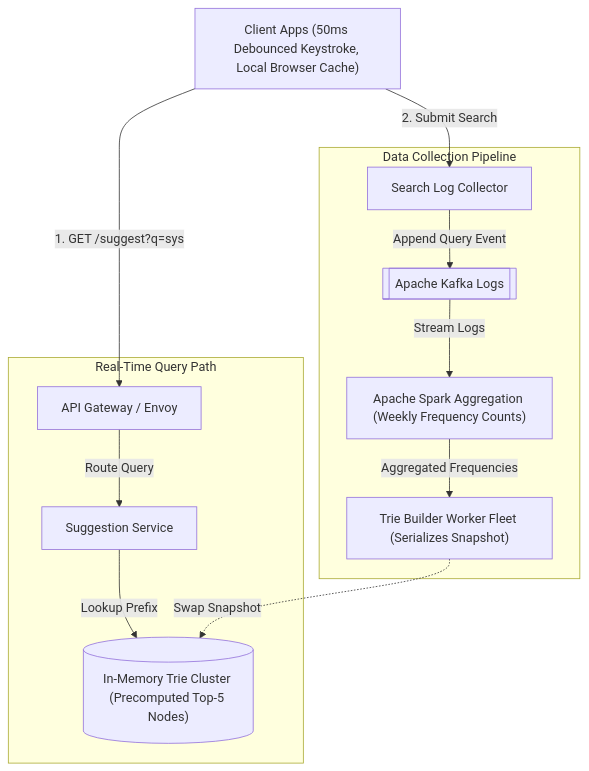
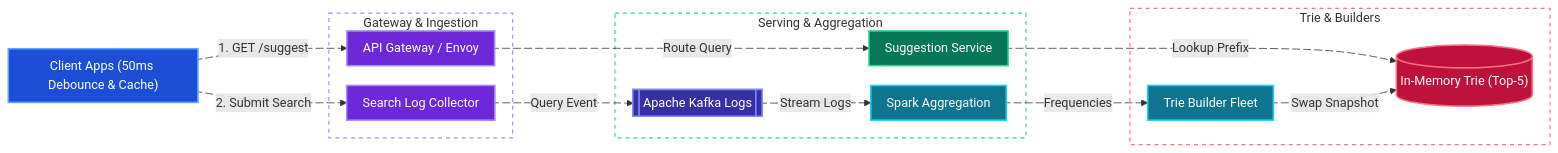
The first of 4 diagrams in system-design/autocomplete-search.md (tarunbatta/tech-interview-prep), drawn with Mermaid before and after one commit. The commit also changed other lines of this file and 30 other files, not shown here.

First line of the commit message:
docs(system-design): convert Mermaid flowcharts to LR with colors and animated edges

````diff
--- a/system-design/autocomplete-search.md
+++ b/system-design/autocomplete-search.md
@@ -62,23 +62,53 @@
 ```mermaid
-flowchart TD
-    Client["Client Apps (50ms Debounced Keystroke, Local Browser Cache)"]
-    subgraph RealtimePath["Real-Time Query Path"]
+%%{init: {'flowchart': {'nodeSpacing': 25, 'rankSpacing': 45, 'padding': 10}}}%%
+flowchart LR
+    Client["Client Apps (50ms Debounce & Cache)"]
+    subgraph EdgeTier["Gateway & Ingestion"]
         GW["API Gateway / Envoy"]
+        LogCollector["Search Log Collector"]
+    end
+    subgraph AppServices["Serving & Aggregation"]
         SuggestSvc["Suggestion Service"]
-        TrieCluster[("In-Memory Trie Cluster (Precomputed Top-5 Nodes)")]
+        Kafka[["Apache Kafka Logs"]]
+        Spark["Spark Aggregation"]
     end
-    subgraph DataPipeline["Data Collection Pipeline"]
-        LogCollector["Search Log Collector"]
-        Kafka[["Apache Kafka Logs"]]
-        Spark["Apache Spark Aggregation (Weekly Frequency Counts)"]
-        TrieBuilder["Trie Builder Worker Fleet (Serializes Snapshot)"]
+    subgraph StorageTier["Trie & Builders"]
+        TrieCluster[("In-Memory Trie (Top-5)")]
+        TrieBuilder["Trie Builder Fleet"]
     end
-    Client -->|"1. GET /suggest?q=sys"| GW
-    GW -->|"Route Query"| SuggestSvc
-    SuggestSvc -->|"Lookup Prefix"| TrieCluster
-    Client -->|"2. Submit Search"| LogCollector
-    LogCollector -->|"Append Query Event"| Kafka
-    Kafka -->|"Stream Logs"| Spark
-    Spark -->|"Aggregated Frequencies"| TrieBuilder
-    TrieBuilder -.->|"Swap Snapshot"| TrieCluster
+    Client e1@-->|"1. GET /suggest"| GW
+    GW e2@-->|"Route Query"| SuggestSvc
+    SuggestSvc e3@-->|"Lookup Prefix"| TrieCluster
+    Client e4@-->|"2. Submit Search"| LogCollector
+    LogCollector e5@-->|"Query Event"| Kafka
+    Kafka e6@-->|"Stream Logs"| Spark
+    Spark e7@-->|"Frequencies"| TrieBuilder
+    TrieBuilder e8@-.->|"Swap Snapshot"| TrieCluster
+
+    e1@{ animate: true }
+    e2@{ animate: true }
+    e3@{ animate: true }
+    e4@{ animate: true }
+    e5@{ animate: true }
+    e6@{ animate: true }
+    e7@{ animate: true }
+    e8@{ animate: true }
+
+    classDef client fill:#1d4ed8,stroke:#60a5fa,stroke-width:2px,color:#ffffff
+    classDef edge fill:#6d28d9,stroke:#a78bfa,stroke-width:2px,color:#ffffff
+    classDef service fill:#047857,stroke:#34d399,stroke-width:2px,color:#ffffff
+    classDef worker fill:#0e7490,stroke:#22d3ee,stroke-width:2px,color:#ffffff
+    classDef cache fill:#be123c,stroke:#fb7185,stroke-width:2px,color:#ffffff
+    classDef queue fill:#3730a3,stroke:#818cf8,stroke-width:2px,color:#ffffff
+
+    class Client client
+    class GW,LogCollector edge
+    class SuggestSvc service
+    class Spark,TrieBuilder worker
+    class TrieCluster cache
+    class Kafka queue
+
+    style EdgeTier fill:transparent,stroke:#a78bfa,stroke-width:1.5px,stroke-dasharray: 5 5
+    style AppServices fill:transparent,stroke:#34d399,stroke-width:1.5px,stroke-dasharray: 5 5
+    style StorageTier fill:transparent,stroke:#fb7185,stroke-width:1.5px,stroke-dasharray: 5 5
 ```
````
